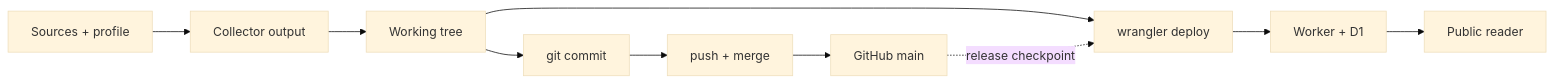
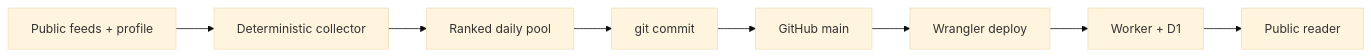
Before and after one commit to tamirlevin/ai-signal-cloudflare: the diagram in README.md, drawn with Mermaid (base theme). The commit also changed other lines of this file and 22 other files, not shown here.

Commit message:
Build daily editions from an equal source pool

````diff
--- a/README.md
+++ b/README.md
@@ -11,7 +11,6 @@
 ```mermaid
 flowchart LR
-  A[Sources + profile] --> B[Collector output] --> C[Working tree]
-  C --> D[git commit] --> E[push + merge] --> F[GitHub main]
-  C --> G[wrangler deploy] --> H[Worker + D1] --> I[Public reader]
-  F -. release checkpoint .-> G
+  A[Public feeds + profile] --> B[Deterministic collector] --> C[Ranked daily pool]
+  C --> D[git commit] --> E[GitHub main]
+  E --> F[Wrangler deploy] --> G[Worker + D1] --> H[Public reader]
 ```
````
